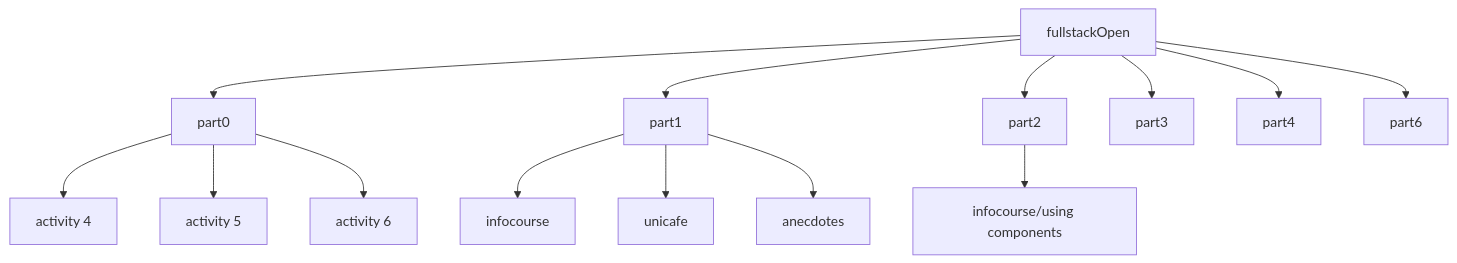
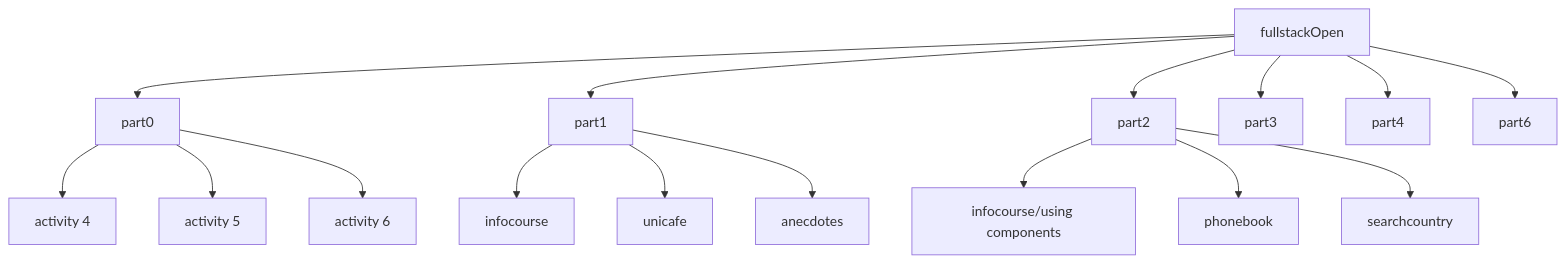
Before and after one commit to Aushzlten12/fullstackOpen: the diagram in README.md, drawn with Mermaid.

Commit message:
README updated

````diff
--- a/README.md
+++ b/README.md
@@ -3,17 +3,19 @@
 ```mermaid
 graph TD
   A[fullstackOpen]
   A --> B[part0]
   A --> C[part1]
   A --> D[part2]
   A --> E[part3]
   A --> F[part4]
   A --> G[part6]
   B --> H[activity 4]
   B --> I[activity 5]
   B --> J[activity 6]
   C --> K[infocourse]
   C --> L[unicafe]
   C --> M[anecdotes]
   D --> N[infocourse/using components]
+  D --> O[phonebook]
+  D --> P[searchcountry]
 ```
````
